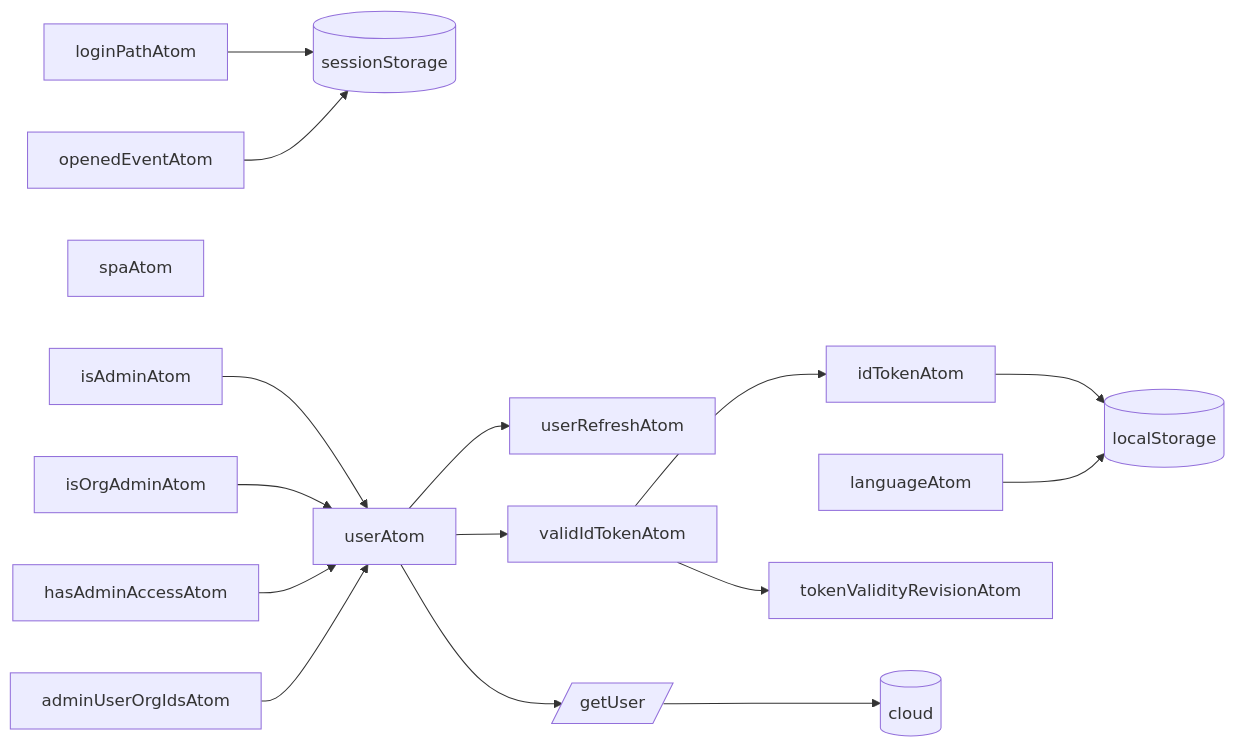
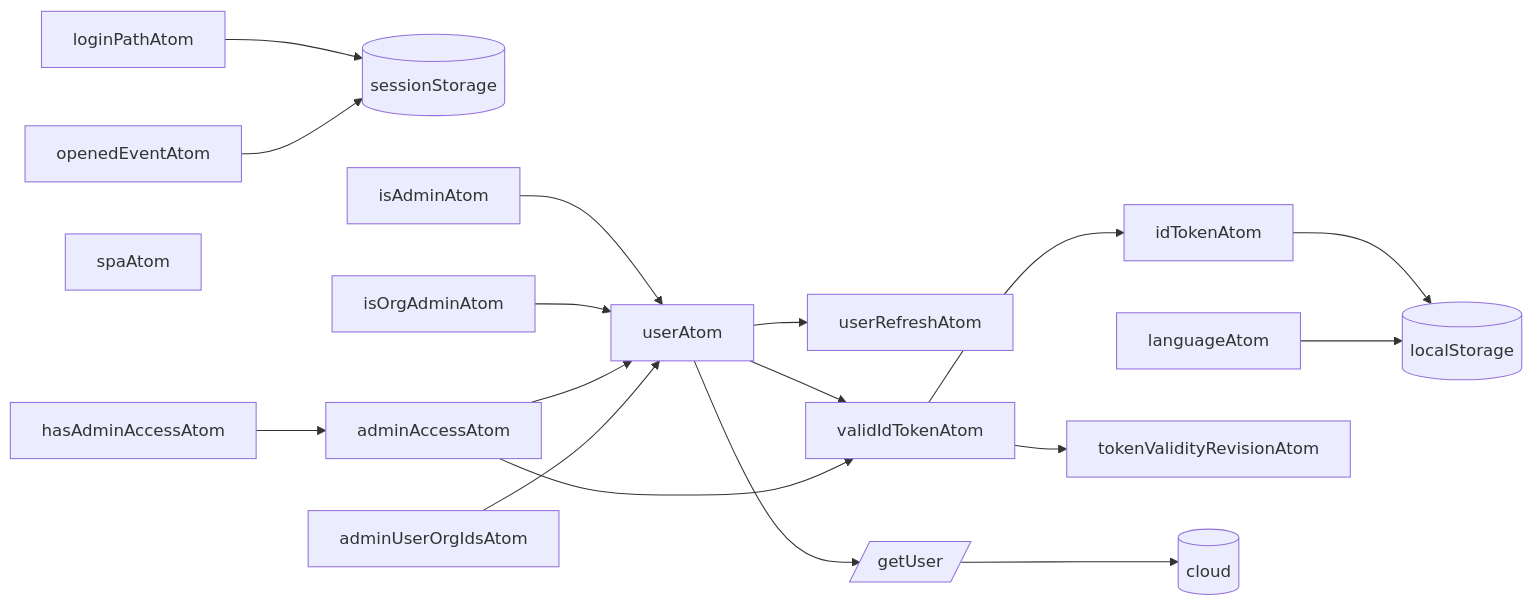
One commit to koekalenteri/koekalenteri changed the seventh of 7 diagrams in src/pages/state/README.md. Above: the diagram before and after it, drawn with Mermaid. The commit also changed other lines of this file and 25 other files, not shown here.

````diff
--- a/src/pages/state/README.md
+++ b/src/pages/state/README.md
@@ -126,27 +130,29 @@
 ```mermaid
 graph LR
   idTokenAtom-->localStorage
   languageAtom-->localStorage
   loginPathAtom-->sessionStorage
   openedEventAtom-->sessionStorage
   tokenValidityRevisionAtom
   userRefreshAtom
   spaAtom
 
   localStorage[(localStorage)]
   sessionStorage[(sessionStorage)]
 
   validIdTokenAtom-->tokenValidityRevisionAtom
   validIdTokenAtom-->idTokenAtom
 
   userAtom-->validIdTokenAtom
   userAtom-->userRefreshAtom
   userAtom-->getUser[/getUser/]-->aws
 
   isAdminAtom-->userAtom
   isOrgAdminAtom-->userAtom
-  hasAdminAccessAtom-->userAtom
+  adminAccessAtom-->userAtom
+  adminAccessAtom-->validIdTokenAtom
+  hasAdminAccessAtom-->adminAccessAtom
   adminUserOrgIdsAtom-->userAtom
 
   aws[(cloud)]
 ```
````
